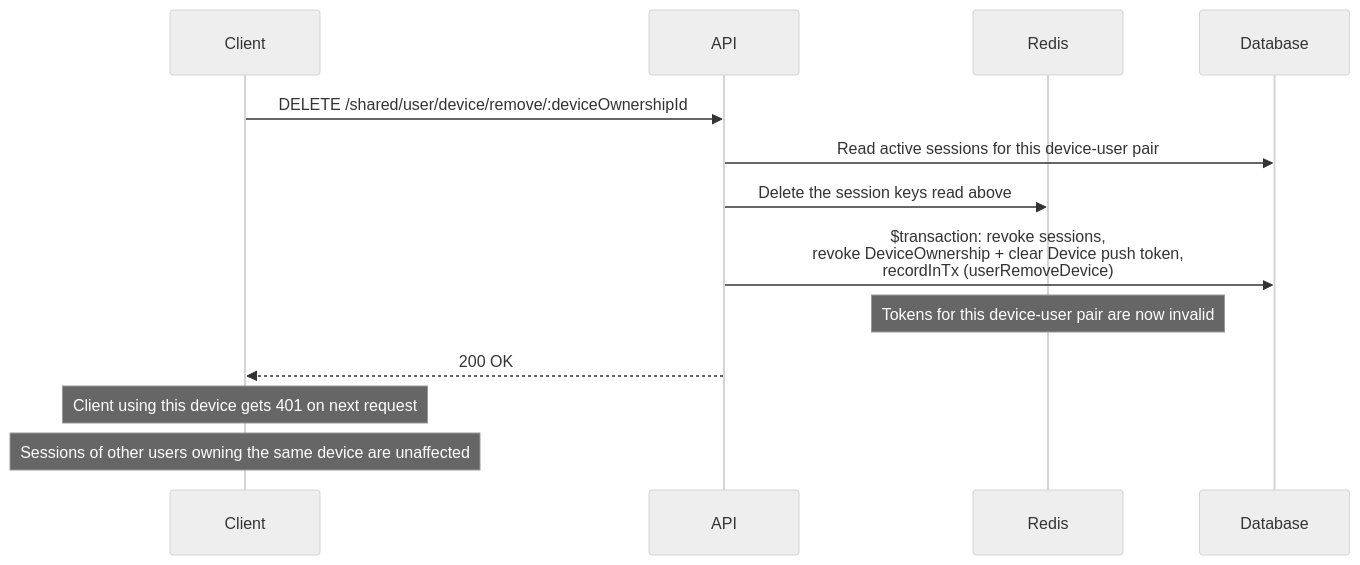
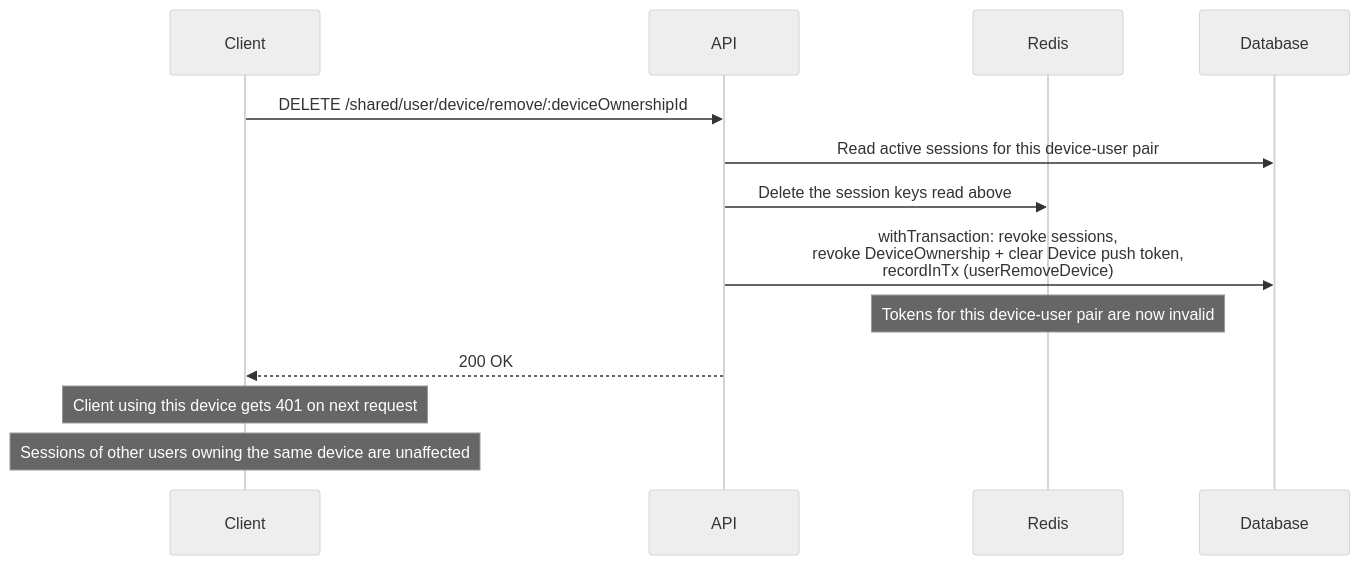
Before and after one commit to andrechristikan/ack-nestjs-boilerplate: the diagram in docs/device.md, drawn with Mermaid (neutral theme). The commit also changed other lines of this file and 45 other files, not shown here.

````diff
--- a/docs/device.md
+++ b/docs/device.md
@@ -103,16 +103,16 @@
 ```mermaid
 sequenceDiagram
     participant Client
     participant API
     participant Redis
     participant Database
 
     Client->>API: DELETE /shared/user/device/remove/:deviceOwnershipId
     API->>Database: Read active sessions for this device-user pair
     API->>Redis: Delete the session keys read above
-    API->>Database: $transaction: revoke sessions,<br/>revoke DeviceOwnership + clear Device push token,<br/>recordInTx (userRemoveDevice)
+    API->>Database: withTransaction: revoke sessions,<br/>revoke DeviceOwnership + clear Device push token,<br/>recordInTx (userRemoveDevice)
     Note over Redis: Tokens for this device-user pair are now invalid
     API-->>Client: 200 OK
     Note over Client: Client using this device gets 401 on next request
     Note over Client: Sessions of other users owning the same device are unaffected
 ```
````
